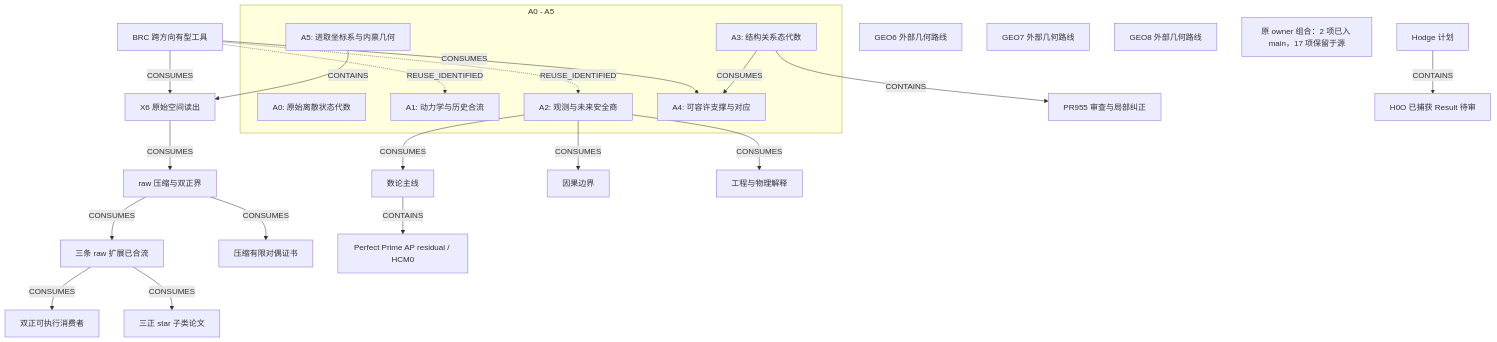
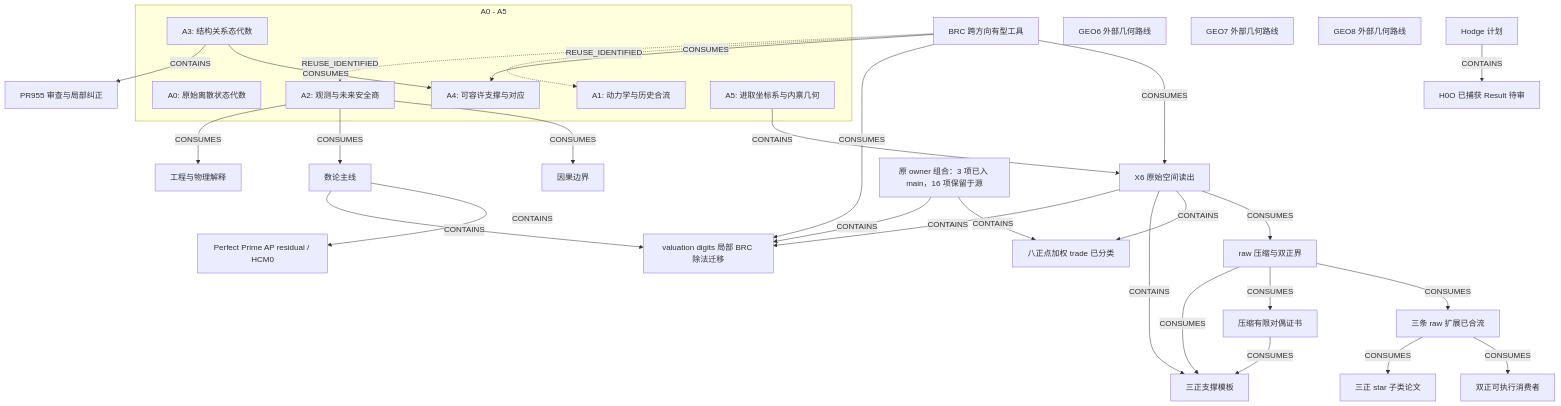
The diagram in docs/RESEARCH_PROGRESS_MAP.zh-CN.md (awdawmip/enterprise-math), drawn with Mermaid before and after one commit. The commit also changed other lines of this file and 2 other files, not shown here.

First line of the commit message:
docs: map weighted trade closure, support templates and scoped BRC digits

````diff
--- a/docs/RESEARCH_PROGRESS_MAP.zh-CN.md
+++ b/docs/RESEARCH_PROGRESS_MAP.zh-CN.md
@@ -15,46 +15,58 @@
 ```mermaid
 flowchart TB
   subgraph homes["A0 - A5"]
     A0["A0: 原始离散状态代数"]
     A1["A1: 动力学与历史合流"]
     A2["A2: 观测与未来安全商"]
     A3["A3: 结构关系态代数"]
     A4["A4: 可容许支撑与对应"]
     A5["A5: 进取坐标系与内禀几何"]
   end
   BRC["BRC 跨方向有型工具"]
   X6["X6 原始空间读出"]
   RAW_PAPER["raw 压缩与双正界"]
   RAW_EXT["三条 raw 扩展已合流"]
   P2_CONSUMER["双正可执行消费者"]
   STAR["三正 star 子类论文"]
   RAW_DUAL["压缩有限对偶证书"]
   A3_A4_REVIEW["PR955 审查与局部纠正"]
   NUMBER_THEORY["数论主线"]
   PERFECT_PRIME["Perfect Prime AP residual / HCM0"]
   P021["因果边界"]
   E001["工程与物理解释"]
   GEO6["GEO6 外部几何路线"]
   GEO7["GEO7 外部几何路线"]
   GEO8["GEO8 外部几何路线"]
   HODGE["Hodge 计划"]
   H0O["H0O 已捕获 Result 待审"]
-  OWNER_PORTFOLIO["原 owner 组合：2 项已入 main，17 项保留于源"]
+  OWNER_PORTFOLIO["原 owner 组合：3 项已入 main，16 项保留于源"]
+  WEIGHTED_TRADE["八正点加权 trade 已分类"]
+  P3_TEMPLATES["三正支撑模板"]
+  VALUATION_DIGITS["valuation digits 局部 BRC 除法迁移"]
   A3 -->|"CONSUMES"| A4
   BRC -->|"CONSUMES"| A4
   BRC -.->|"REUSE_IDENTIFIED"| A1
   BRC -.->|"REUSE_IDENTIFIED"| A2
   BRC -->|"CONSUMES"| X6
   A5 -->|"CONTAINS"| X6
   X6 -->|"CONSUMES"| RAW_PAPER
   RAW_PAPER -->|"CONSUMES"| RAW_EXT
   RAW_EXT -->|"CONSUMES"| P2_CONSUMER
   RAW_EXT -->|"CONSUMES"| STAR
   RAW_PAPER -->|"CONSUMES"| RAW_DUAL
   A3 -->|"CONTAINS"| A3_A4_REVIEW
   A2 -->|"CONSUMES"| P021
   A2 -->|"CONSUMES"| NUMBER_THEORY
   NUMBER_THEORY -->|"CONTAINS"| PERFECT_PRIME
   A2 -->|"CONSUMES"| E001
   HODGE -->|"CONTAINS"| H0O
+  X6 -->|"CONTAINS"| WEIGHTED_TRADE
+  OWNER_PORTFOLIO -->|"CONTAINS"| WEIGHTED_TRADE
+  X6 -->|"CONTAINS"| P3_TEMPLATES
+  RAW_PAPER -->|"CONSUMES"| P3_TEMPLATES
+  RAW_DUAL -->|"CONSUMES"| P3_TEMPLATES
+  NUMBER_THEORY -->|"CONTAINS"| VALUATION_DIGITS
+  BRC -->|"CONSUMES"| VALUATION_DIGITS
+  OWNER_PORTFOLIO -->|"CONTAINS"| VALUATION_DIGITS
+  X6 -->|"CONTAINS"| VALUATION_DIGITS
 ```
````
